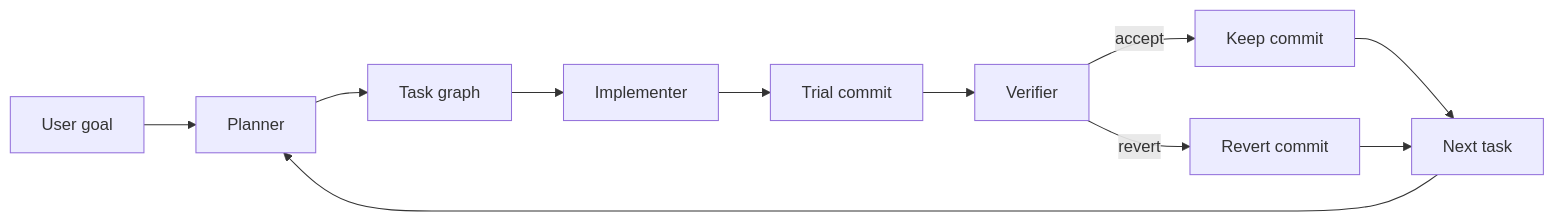
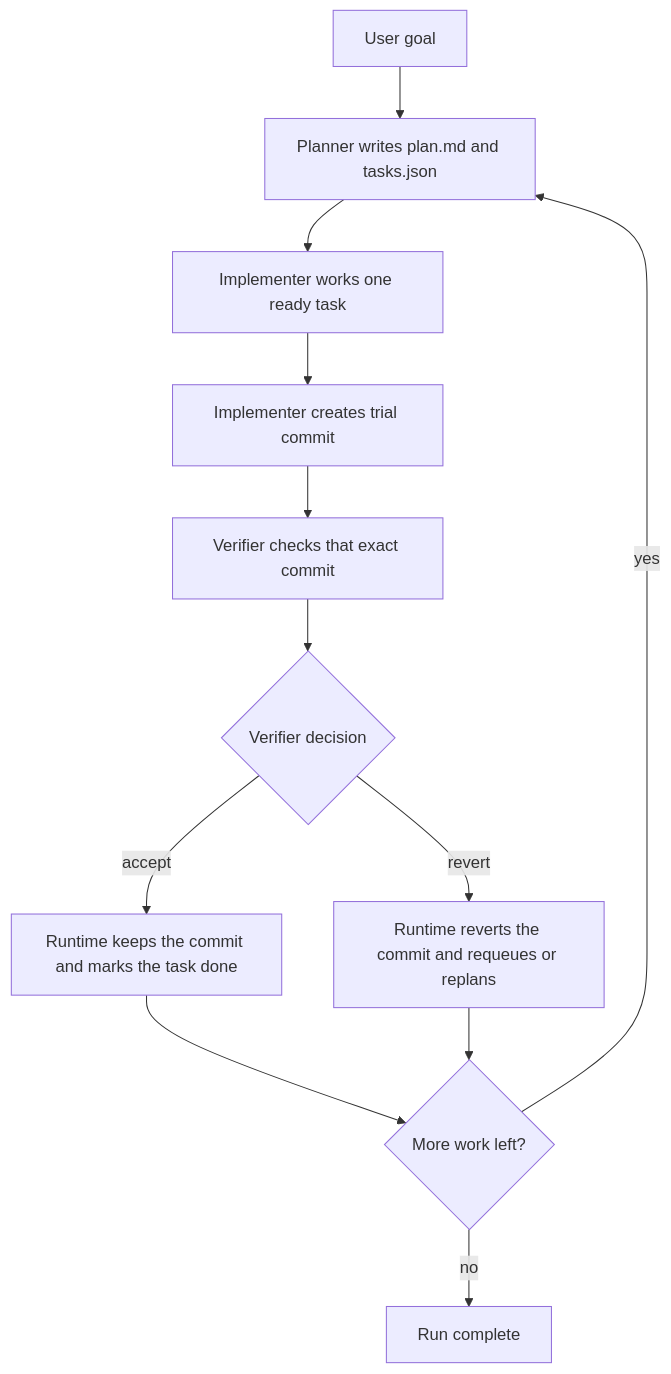
One commit to 0xabrar/harness changed the first of 2 diagrams in README.md. Above: the diagram before and after it, drawn with Mermaid. The commit also changed other lines of this file, not shown here.

Commit message:
docs(readme): clarify harness loop diagrams

````diff
--- a/README.md
+++ b/README.md
@@ -29,13 +29,14 @@
 ```mermaid
-flowchart LR
-    A[User goal] --> B[Planner]
-    B --> C[Task graph]
-    C --> D[Implementer]
-    D --> E[Trial commit]
-    E --> F[Verifier]
-    F -->|accept| G[Keep commit]
-    F -->|revert| H[Revert commit]
-    G --> I[Next task]
+flowchart TD
+    A[User goal] --> B[Planner writes plan.md and tasks.json]
+    B --> C[Implementer works one ready task]
+    C --> D[Implementer creates trial commit]
+    D --> E[Verifier checks that exact commit]
+    E --> F{Verifier decision}
+    F -->|accept| G[Runtime keeps the commit and marks the task done]
+    F -->|revert| H[Runtime reverts the commit and requeues or replans]
+    G --> I{More work left?}
     H --> I
-    I --> B
+    I -->|yes| B
+    I -->|no| J[Run complete]
 ```
````
